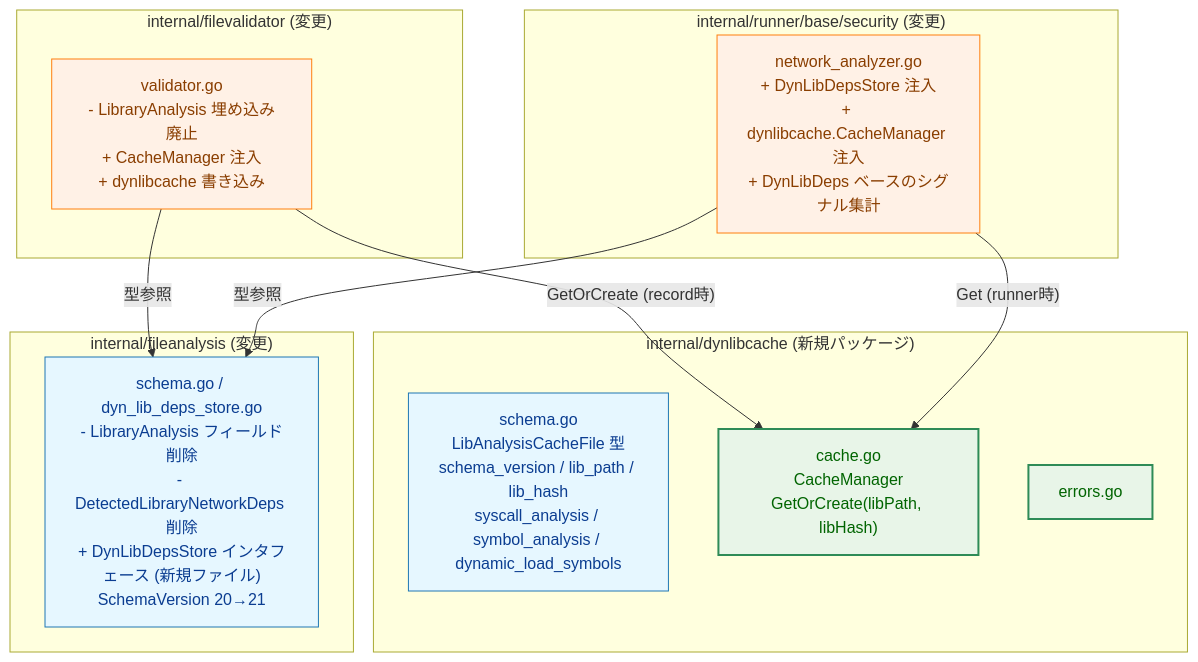
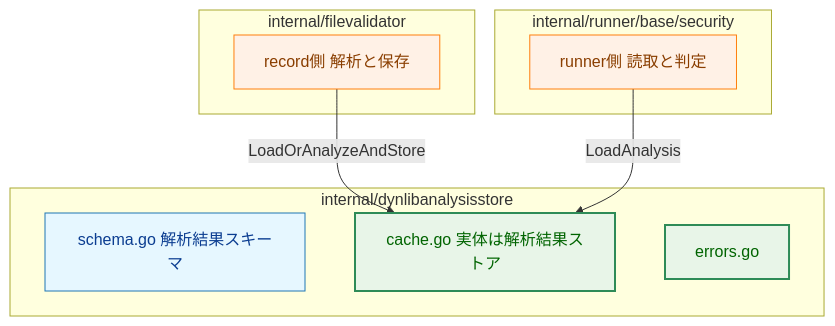
Before and after one commit to isseis/go-safe-cmd-runner: the third of 3 diagrams in docs/tasks/0124_dynlib_library_analysis_cache/02_architecture.md, drawn with Mermaid. The commit also changed other lines of this file and 3 other files, not shown here.

First line of the commit message:
Refactor task 0124 docs around dynamic library analysis terminology

````diff
--- a/docs/tasks/0124_dynlib_library_analysis_cache/02_architecture.md
+++ b/docs/tasks/0124_dynlib_library_analysis_cache/02_architecture.md
@@ -91,33 +81,27 @@
 ```mermaid
 graph TB
     classDef data fill:#e6f7ff,stroke:#1f77b4,stroke-width:1px,color:#0b3d91;
     classDef process fill:#fff1e6,stroke:#ff7f0e,stroke-width:1px,color:#8a3e00;
     classDef enhanced fill:#e8f5e8,stroke:#2e8b57,stroke-width:2px,color:#006400;
 
-    subgraph dynlibcache["internal/dynlibcache (新規パッケージ)"]
-        DC_SCHEMA["schema.go<br>LibAnalysisCacheFile 型<br>schema_version / lib_path / lib_hash<br>syscall_analysis / symbol_analysis / dynamic_load_symbols"]
-        DC_CACHE["cache.go<br>CacheManager<br>GetOrCreate(libPath, libHash)"]
-        DC_ERR["errors.go"]
+    subgraph storepkg[internal/dynlibanalysisstore]
+        SCHEMA[schema.go 解析結果スキーマ]
+        STORE[cache.go 実体は解析結果ストア]
+        ERR[errors.go]
     end
 
-    subgraph fileanalysis["internal/fileanalysis (変更)"]
-        FA_SCHEMA["schema.go / dyn_lib_deps_store.go<br>- LibraryAnalysis フィールド削除<br>- DetectedLibraryNetworkDeps 削除<br>+ DynLibDepsStore インタフェース (新規ファイル)<br>SchemaVersion 20→21"]
+    subgraph validator[internal/filevalidator]
+        V[record側 解析と保存]
     end
 
-    subgraph filevalidator["internal/filevalidator (変更)"]
-        FV_VAL["validator.go<br>- LibraryAnalysis 埋め込み廃止<br>+ CacheManager 注入<br>+ dynlibcache 書き込み"]
+    subgraph runner[internal/runner/base/security]
+        R[runner側 読取と判定]
     end
 
-    subgraph runner_security["internal/runner/base/security (変更)"]
-        RS_NET["network_analyzer.go<br>+ DynLibDepsStore 注入<br>+ dynlibcache.CacheManager 注入<br>+ DynLibDeps ベースのシグナル集計"]
-    end
+    V -->|LoadOrAnalyzeAndStore| STORE
+    R -->|LoadAnalysis| STORE
 
-    FV_VAL  -->|"GetOrCreate (record時)"| DC_CACHE
-    RS_NET  -->|"Get (runner時)"| DC_CACHE
-    FV_VAL  -->|"型参照"| FA_SCHEMA
-    RS_NET  -->|"型参照"| FA_SCHEMA
-
-    class DC_SCHEMA,FA_SCHEMA data;
-    class FV_VAL,RS_NET process;
-    class DC_CACHE,DC_ERR enhanced;
+    class SCHEMA data;
+    class V,R process;
+    class STORE,ERR enhanced;
 ```
````
